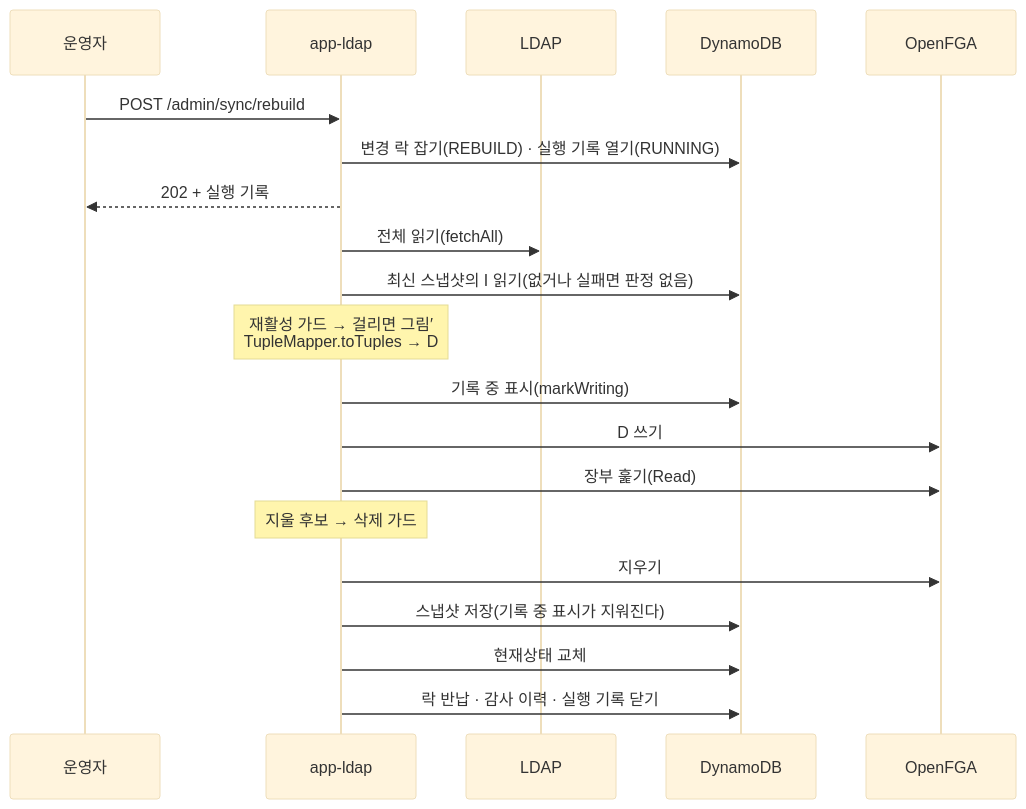
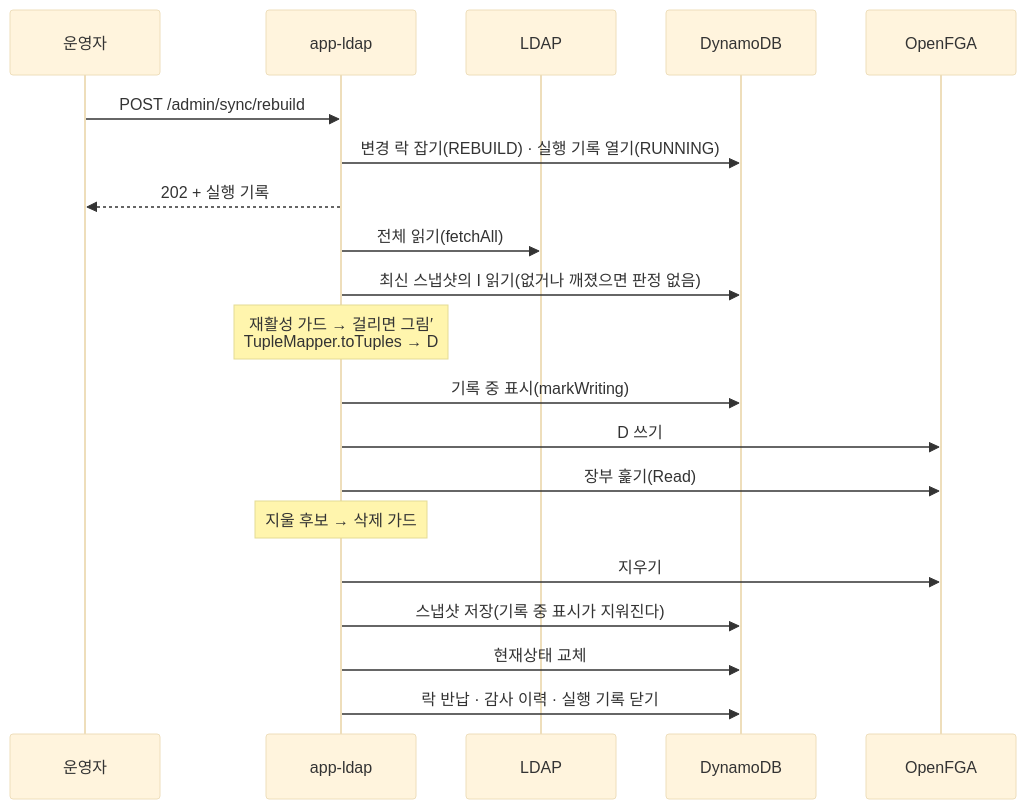
Before and after one commit to starryeye/organization: the second of 3 diagrams in docs/onboarding/07-재적재-초기화-아카이빙.md, drawn with Mermaid (base theme). The commit also changed other lines of this file and 7 other files, not shown here.

````diff
--- a/docs/onboarding/07-재적재-초기화-아카이빙.md
+++ b/docs/onboarding/07-재적재-초기화-아카이빙.md
@@ -158,23 +158,23 @@
 ```mermaid
 sequenceDiagram
     participant Ops as 운영자
     participant App as app-ldap
     participant LDAP
     participant DDB as DynamoDB
     participant FGA as OpenFGA
 
     Ops->>App: POST /admin/sync/rebuild
     App->>DDB: 변경 락 잡기(REBUILD) · 실행 기록 열기(RUNNING)
     App-->>Ops: 202 + 실행 기록
     App->>LDAP: 전체 읽기(fetchAll)
-    App->>DDB: 최신 스냅샷의 I 읽기(없거나 실패면 판정 없음)
+    App->>DDB: 최신 스냅샷의 I 읽기(없거나 깨졌으면 판정 없음)
     Note over App: 재활성 가드 → 걸리면 그림′<br/>TupleMapper.toTuples → D
     App->>DDB: 기록 중 표시(markWriting)
     App->>FGA: D 쓰기
     App->>FGA: 장부 훑기(Read)
     Note over App: 지울 후보 → 삭제 가드
     App->>FGA: 지우기
     App->>DDB: 스냅샷 저장(기록 중 표시가 지워진다)
     App->>DDB: 현재상태 교체
     App->>DDB: 락 반납 · 감사 이력 · 실행 기록 닫기
 ```
````
